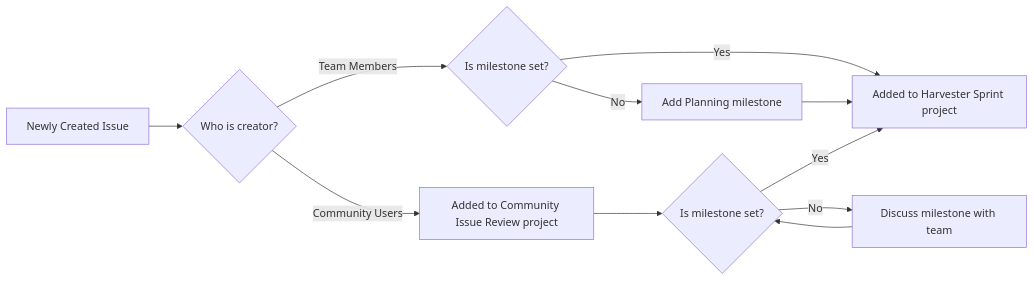
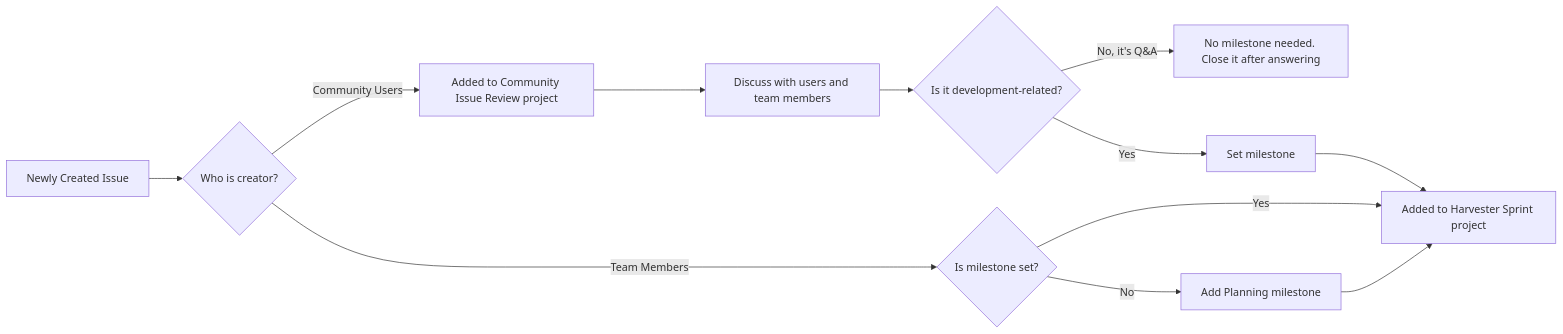
Before and after one commit to irishgordo/harvester-wiki: the diagram in Issue-Management.md, drawn with Mermaid.

Commit message:
Updated Issue Management (markdown)

````diff
--- a/Issue-Management.md
+++ b/Issue-Management.md
@@ -23,13 +23,16 @@
 ```mermaid
 flowchart LR
-    A[Newly Created Issue] --> B{ Who is creator? }
-    B -- Community Users --> C[Added to Community Issue Review project ]
+    A[Newly Created Issue] --> B{Who is creator?}
+    B -- Community Users --> C[Added to Community Issue Review project]
     B -- Team Members --> G{Is milestone set?}
+    
     G -- Yes --> D[Added to Harvester Sprint project]
     G -- No --> H[Add Planning milestone]
     H --> D
-    C --> E{Is milestone set? }
-    E -- Yes --> D
-    E -- No --> F[Discuss milestone with team]
-    F --> E
+
+    C --> I[Discuss with users and team members]
+    I --> J{Is it development-related?}
+    J -- No, it's Q&A --> K[No milestone needed. Close it after answering]
+    J -- Yes --> L[Set milestone]
+    L --> D
 ```
````
